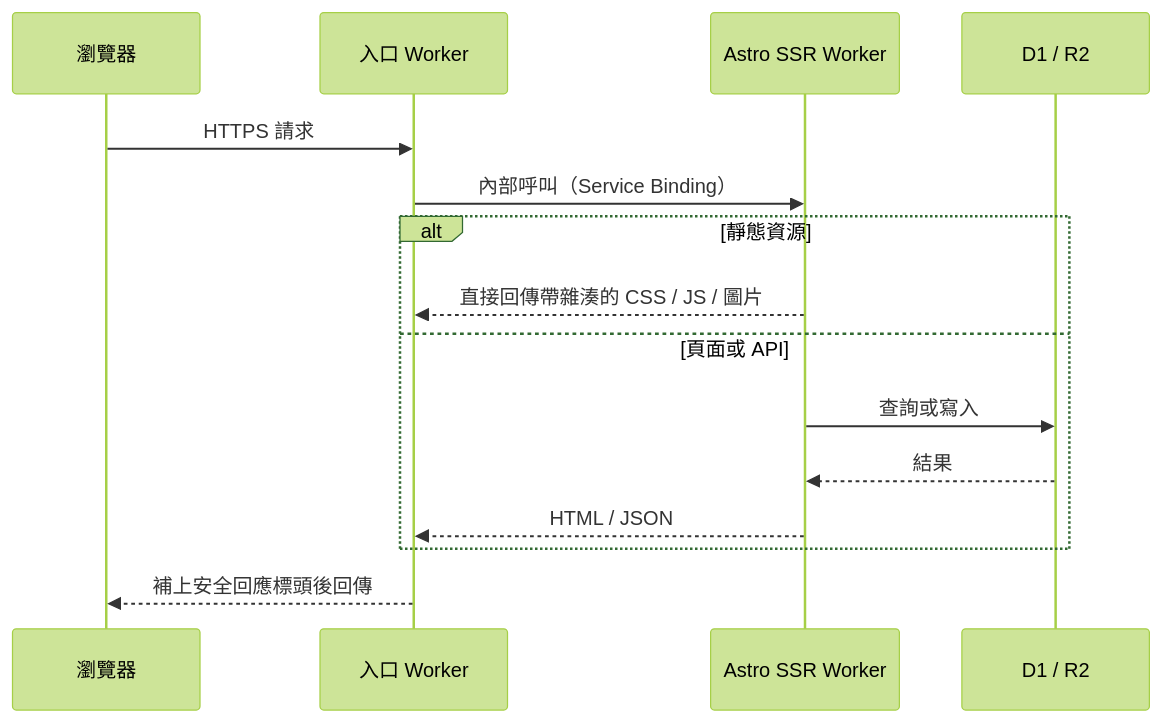
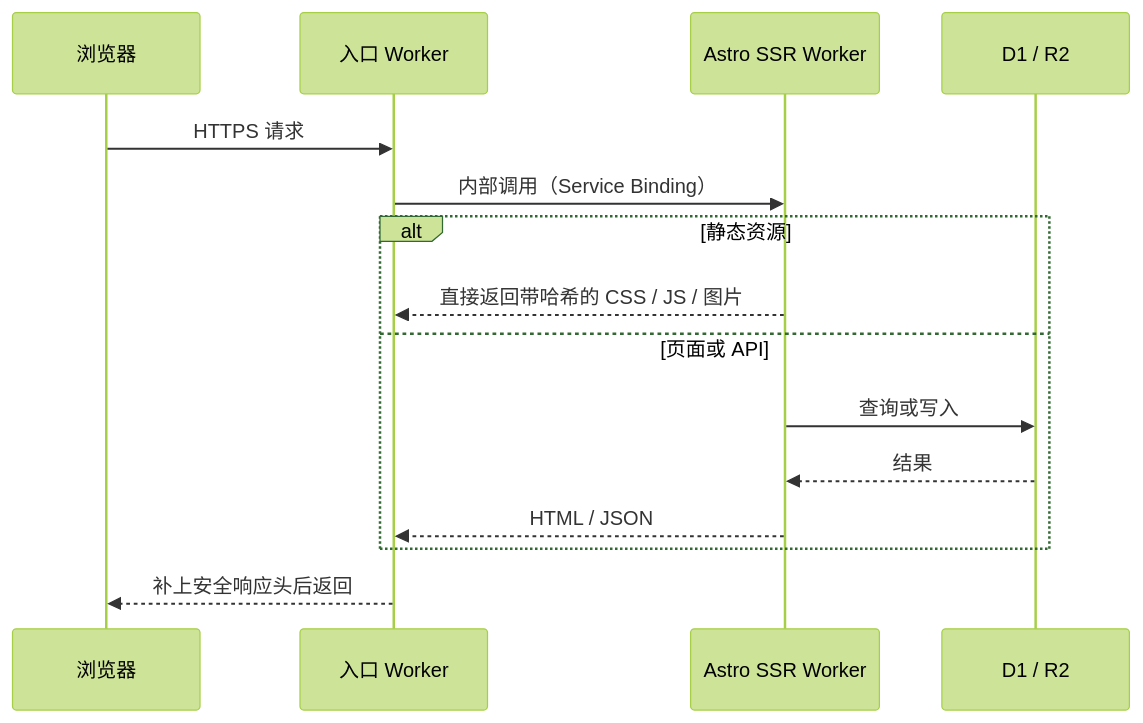
Before and after one commit to Edmounds/blog_web: the second of 2 diagrams in src/i18n/content/zh-TW/blog/基于Cloudflare构建个人网站.md, drawn with Mermaid (forest theme). The commit also changed other lines of this file and 9 other files, not shown here.

````diff
--- a/src/i18n/content/zh-TW/blog/基于Cloudflare构建个人网站.md
+++ b/src/i18n/content/zh-TW/blog/基于Cloudflare构建个人网站.md
@@ -40,18 +33,18 @@
 ```mermaid
 sequenceDiagram
-  participant B as 瀏覽器
+  participant B as 浏览器
   participant E as 入口 Worker
   participant A as Astro SSR Worker
   participant D1 as D1 / R2
 
-  B->>E: HTTPS 請求
-  E->>A: 內部呼叫（Service Binding）
-  alt 靜態資源
-    A-->>E: 直接回傳帶雜湊的 CSS / JS / 圖片
-  else 頁面或 API
-    A->>D1: 查詢或寫入
-    D1-->>A: 結果
+  B->>E: HTTPS 请求
+  E->>A: 内部调用（Service Binding）
+  alt 静态资源
+    A-->>E: 直接返回带哈希的 CSS / JS / 图片
+  else 页面或 API
+    A->>D1: 查询或写入
+    D1-->>A: 结果
     A-->>E: HTML / JSON
   end
-  E-->>B: 補上安全回應標頭後回傳
+  E-->>B: 补上安全响应头后返回
 ```
````
